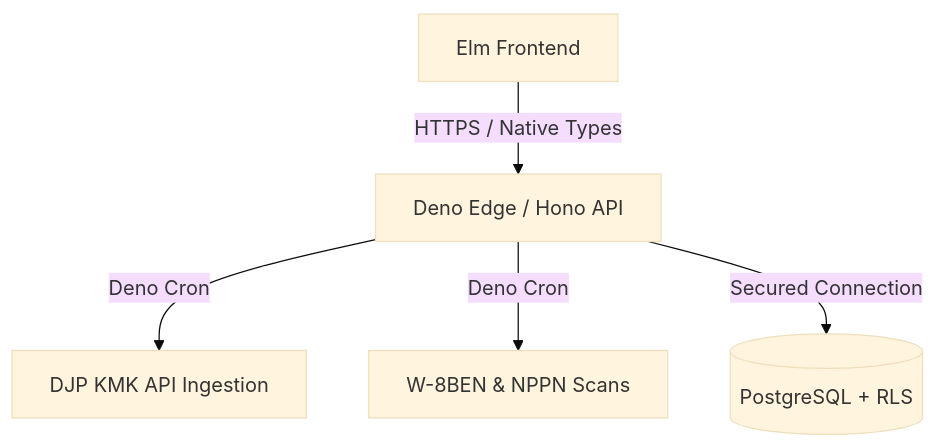
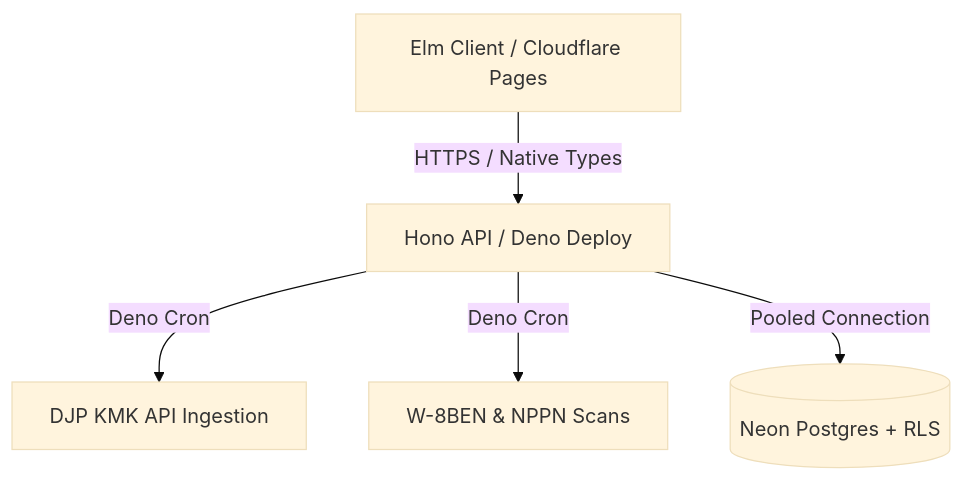
Before and after one commit to gulfaniputra/remote-rupiah: the diagram in README.md, drawn with Mermaid (base theme). The commit also changed other lines of this file, not shown here.

First line of the commit message:
docs: refactor for edge architecture & dev tooling

````diff
--- a/README.md
+++ b/README.md
@@ -76,7 +76,7 @@
 ```mermaid
 graph TD
-    Client[Elm Frontend] -->|HTTPS / Native Types| Edge[Deno Edge / Hono API]
+    Client[Elm Client / Cloudflare Pages] -->|HTTPS / Native Types| Edge[Hono API / Deno Deploy]
     Edge -->|Deno Cron| KMK[DJP KMK API Ingestion]
     Edge -->|Deno Cron| Compliance[W-8BEN & NPPN Scans]
-    Edge -->|Secured Connection| DB[(PostgreSQL + RLS)]
+    Edge -->|Pooled Connection| DB[(Neon Postgres + RLS)]
 ```
````
